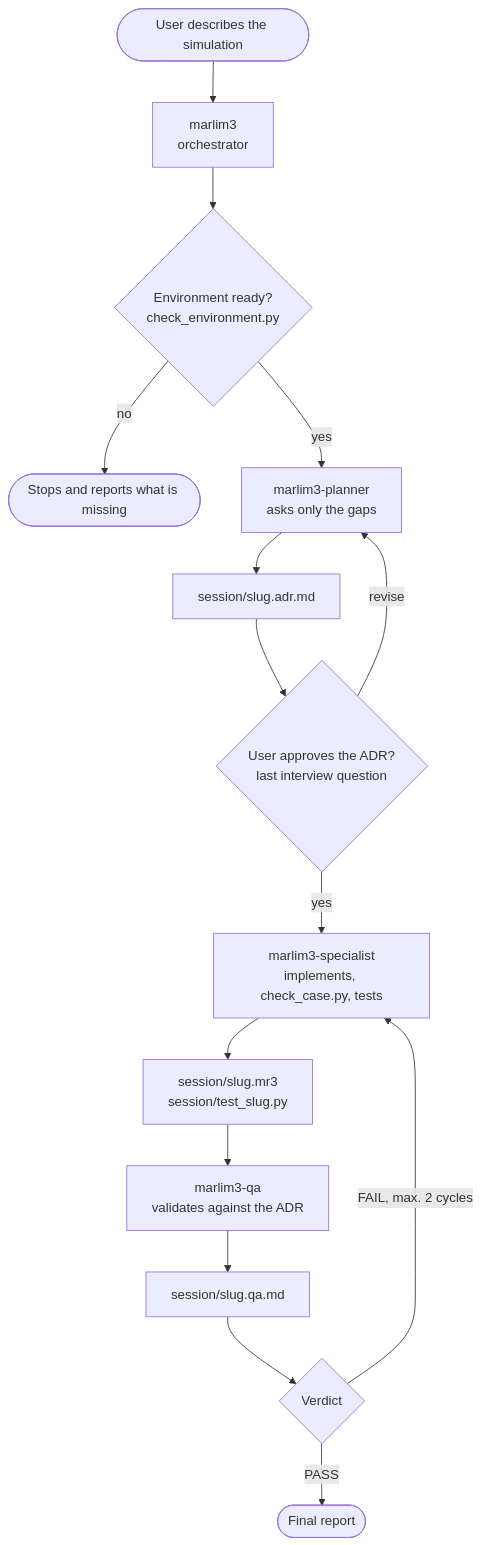
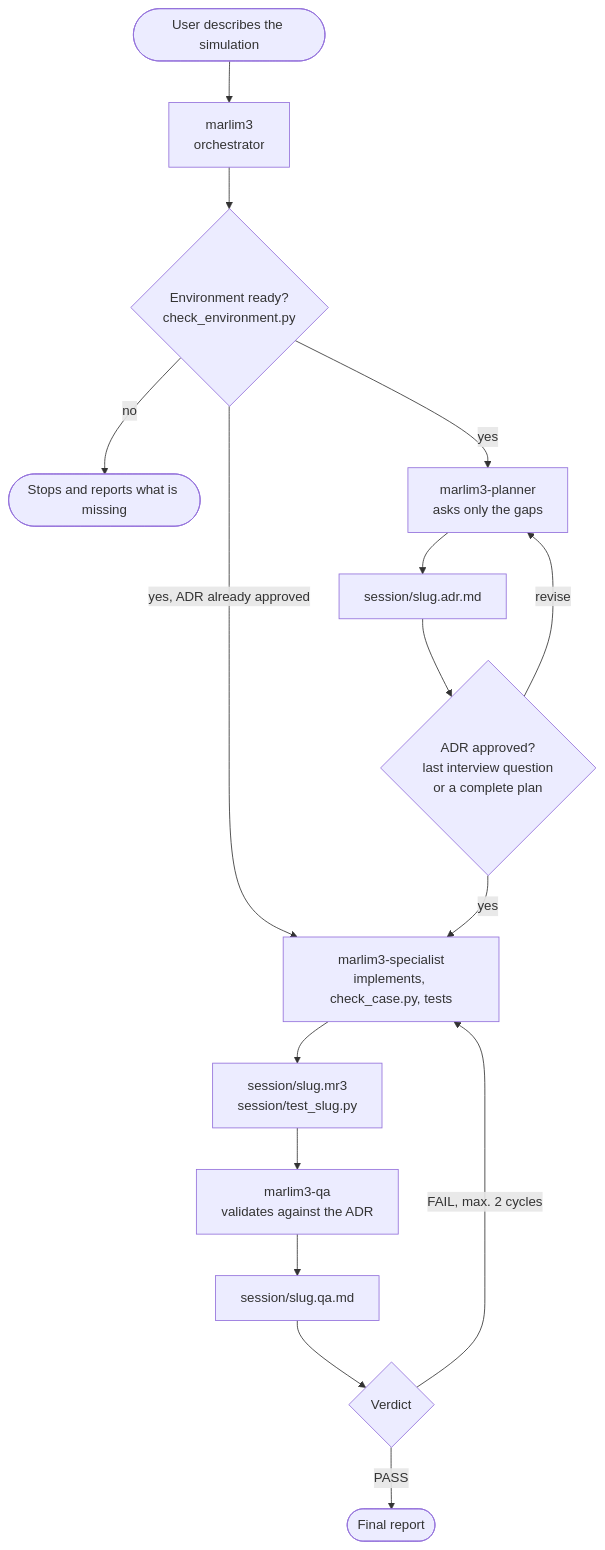
The first of 2 diagrams in .github/README-agents.md (petrobras/marlim3), drawn with Mermaid before and after one commit. The commit also changed other lines of this file and 3 other files, not shown here.

````diff
--- a/.github/README-agents.md
+++ b/.github/README-agents.md
@@ -7,17 +7,18 @@
 ```mermaid
 flowchart TD
     U([User describes the simulation]) --> O[marlim3<br/>orchestrator]
     O --> E{Environment ready?<br/>check_environment.py}
     E -- no --> X([Stops and reports what is missing])
     E -- yes --> P[marlim3-planner<br/>asks only the gaps]
+    E -- yes, ADR already approved --> S
     P --> ADR["session/slug.adr.md"]
-    ADR --> G{User approves the ADR?<br/>last interview question}
+    ADR --> G{ADR approved?<br/>last interview question<br/>or a complete plan}
     G -- revise --> P
     G -- yes --> S[marlim3-specialist<br/>implements, check_case.py, tests]
     S --> IMPL["session/slug.mr3<br/>session/test_slug.py"]
     IMPL --> Q[marlim3-qa<br/>validates against the ADR]
     Q --> R["session/slug.qa.md"]
     R --> V{Verdict}
     V -- FAIL, max. 2 cycles --> S
     V -- PASS --> F([Final report])
 ```
````
